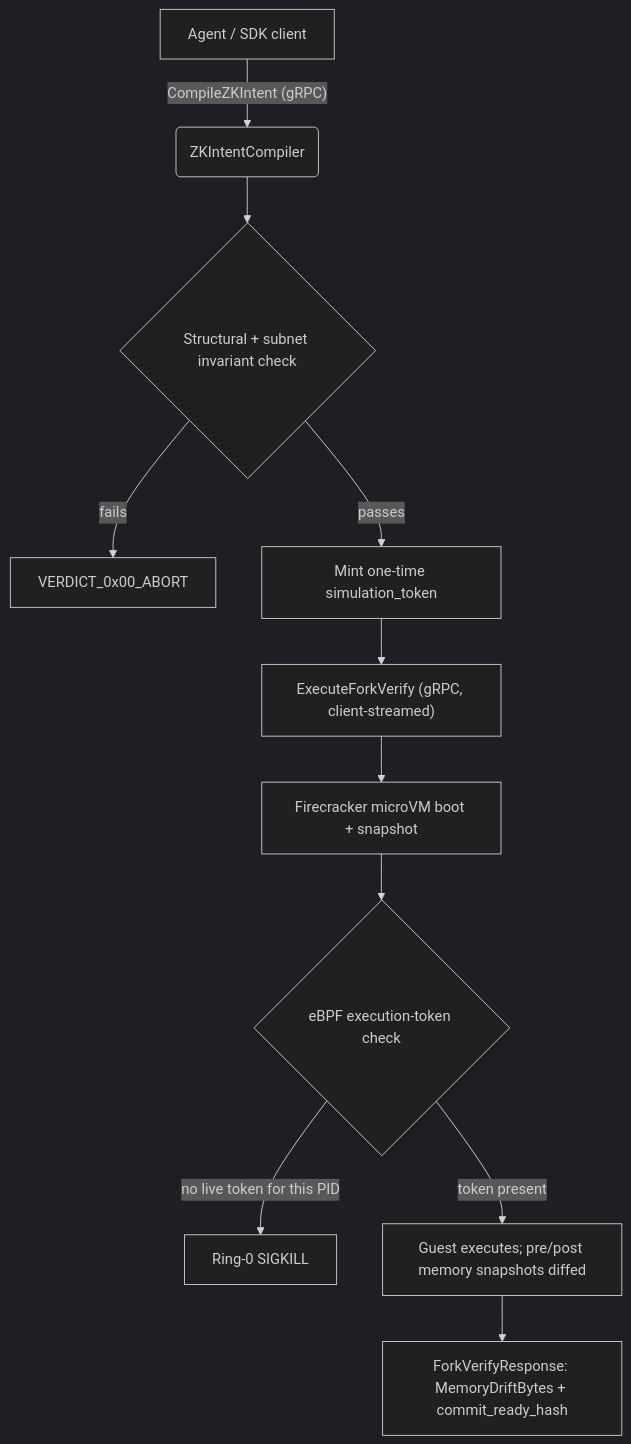
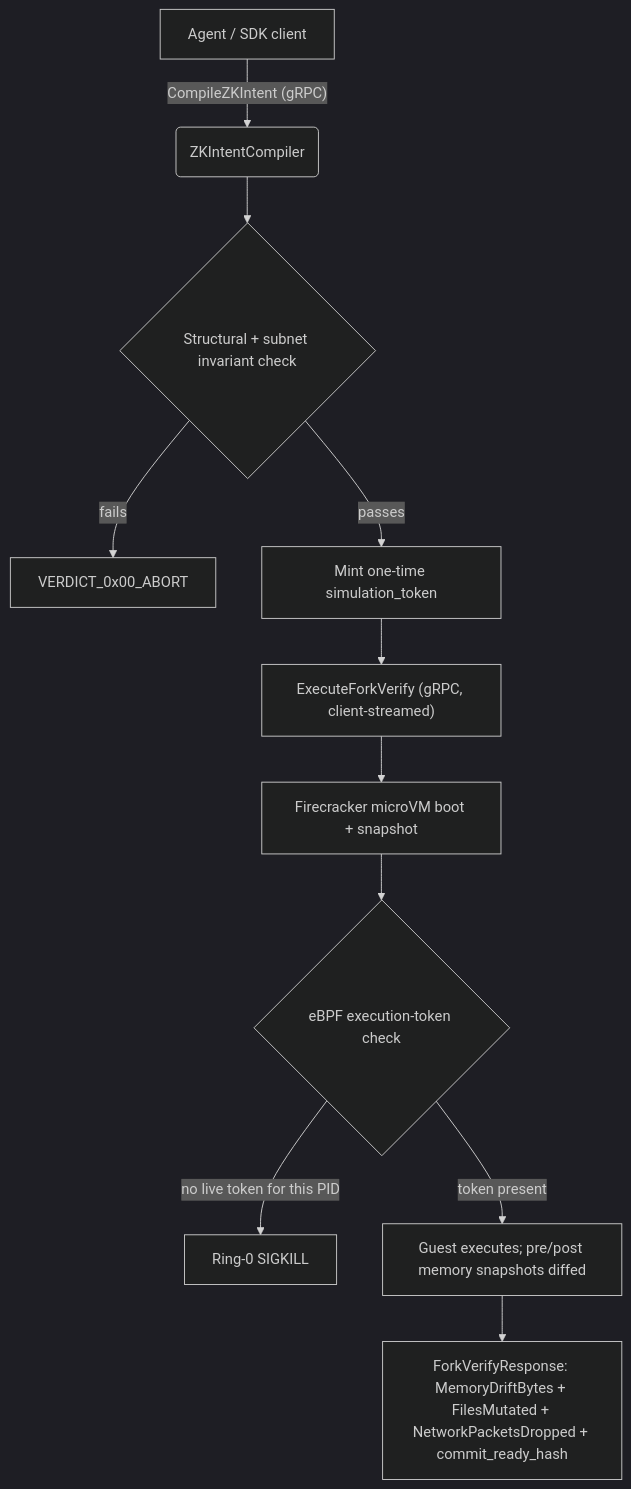
Before and after one commit to asfour/secops-ai-kernel: the diagram in docs/architecture.md, drawn with Mermaid (dark theme). The commit also changed other lines of this file and 1 other file, not shown here.

First line of the commit message:
docs: document NetworkPacketsDropped as resolved

````diff
--- a/docs/architecture.md
+++ b/docs/architecture.md
@@ -10,13 +10,13 @@
 ```mermaid
 graph TD
     A[Agent / SDK client] -- "CompileZKIntent (gRPC)" --> B(ZKIntentCompiler)
     B --> C{Structural + subnet invariant check}
     C -- "fails" --> D[VERDICT_0x00_ABORT]
     C -- "passes" --> E[Mint one-time simulation_token]
     E --> F["ExecuteForkVerify (gRPC, client-streamed)"]
     F --> G[Firecracker microVM boot + snapshot]
     G --> H{eBPF execution-token check}
     H -- "no live token for this PID" --> I[Ring-0 SIGKILL]
     H -- "token present" --> J[Guest executes; pre/post memory snapshots diffed]
-    J --> K["ForkVerifyResponse: MemoryDriftBytes + commit_ready_hash"]
+    J --> K["ForkVerifyResponse: MemoryDriftBytes + FilesMutated + NetworkPacketsDropped + commit_ready_hash"]
 ```
````
